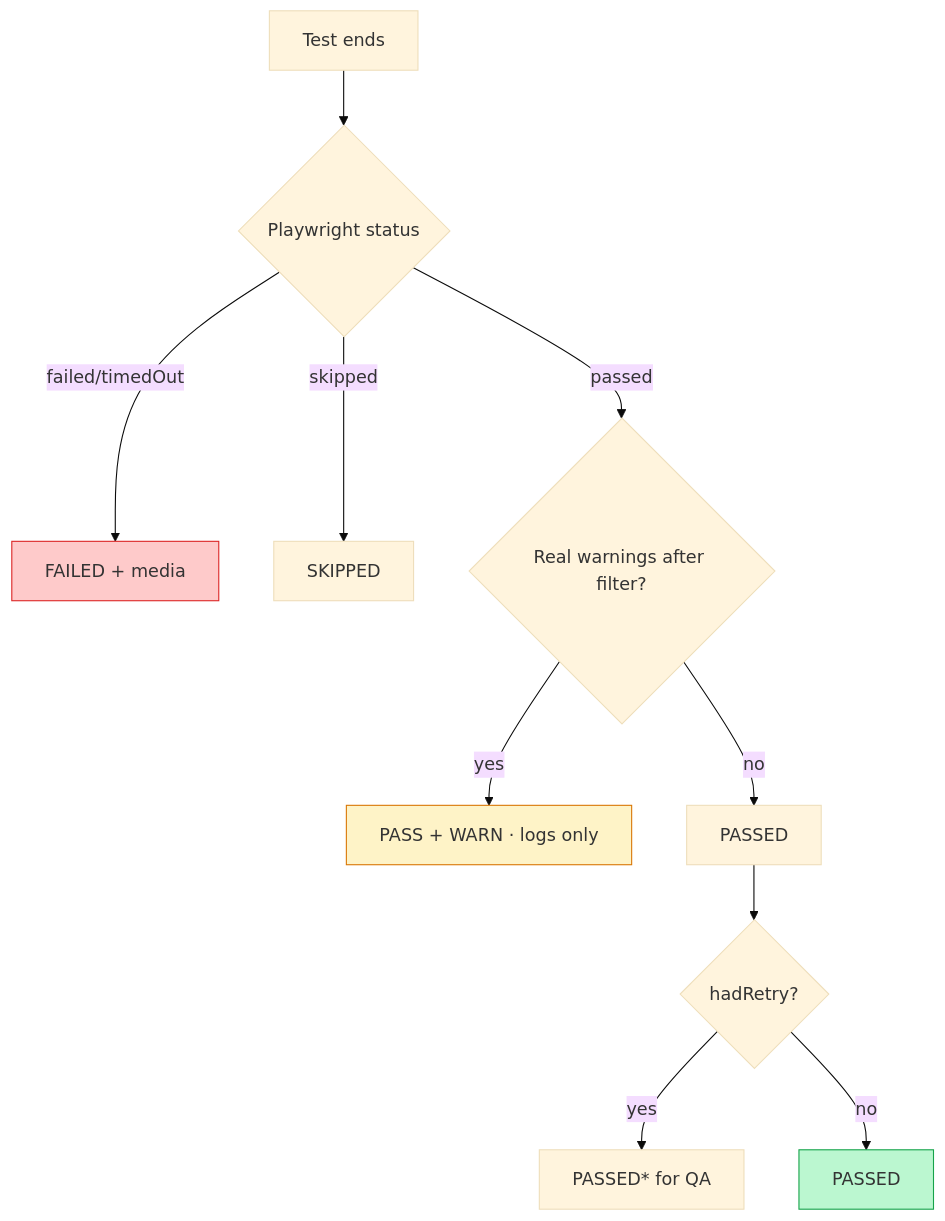
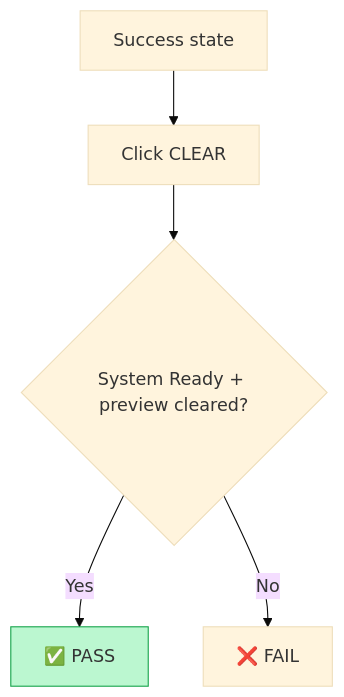
One commit to GeoWGS84-Testing/Mrsid-Extension changed diagram 15 of 44 in README.md. Above: the diagram before and after it, drawn with Mermaid (base theme). The commit also changed other lines of this file, not shown here.

````diff
--- a/README.md
+++ b/README.md
@@ -460,16 +457,9 @@
 ```mermaid
 flowchart TD
-  A[Test ends] --> B{Playwright status}
-  B -->|failed/timedOut| F[FAILED + media]
-  B -->|skipped| S[SKIPPED]
-  B -->|passed| C{Real warnings after filter?}
-  C -->|yes| W[PASS + WARN · logs only]
-  C -->|no| P[PASSED]
-  P --> R{hadRetry?}
-  R -->|yes| P2[PASSED* for QA]
-  R -->|no| P3[PASSED]
+  A[Success state] --> B[Click CLEAR]
+  B --> C{System Ready + preview cleared?}
+  C -->|Yes| P[✅ PASS]
+  C -->|No| X[❌ FAIL]
 
-  style F fill:#fecaca,stroke:#dc2626
-  style W fill:#fef3c7,stroke:#d97706
-  style P3 fill:#bbf7d0,stroke:#16a34a
+  style P fill:#bbf7d0,stroke:#16a34a
 ```
````
